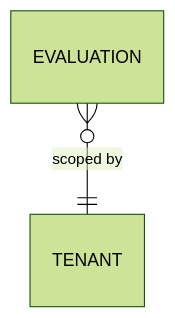
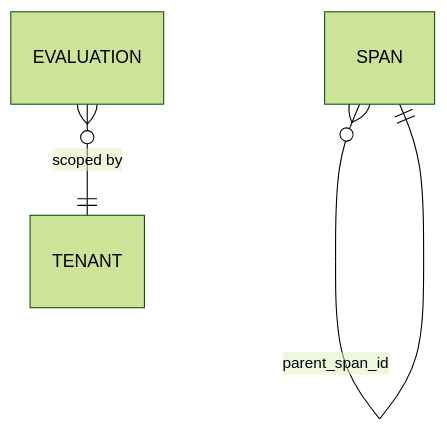
The diagram in docs/db-design.md (DimitarAtanassov/arc-eval-service), drawn with Mermaid (forest theme) before and after one commit. The commit also changed other lines of this file and 17 other files, not shown here.

````diff
--- a/docs/db-design.md
+++ b/docs/db-design.md
@@ -9,4 +10,5 @@
 ```mermaid
 erDiagram
     EVALUATION }o--|| TENANT : "scoped by"
+    SPAN }o--|| SPAN : "parent_span_id"
 ```
````
